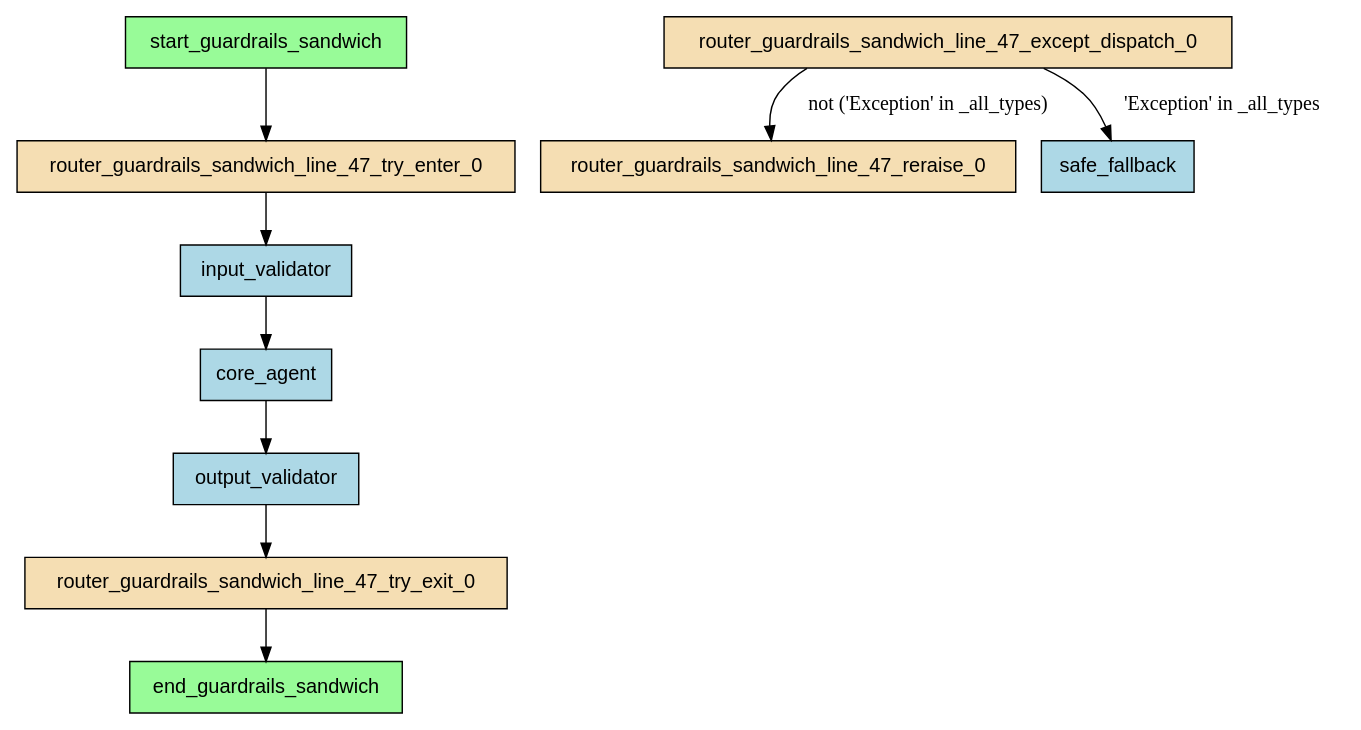
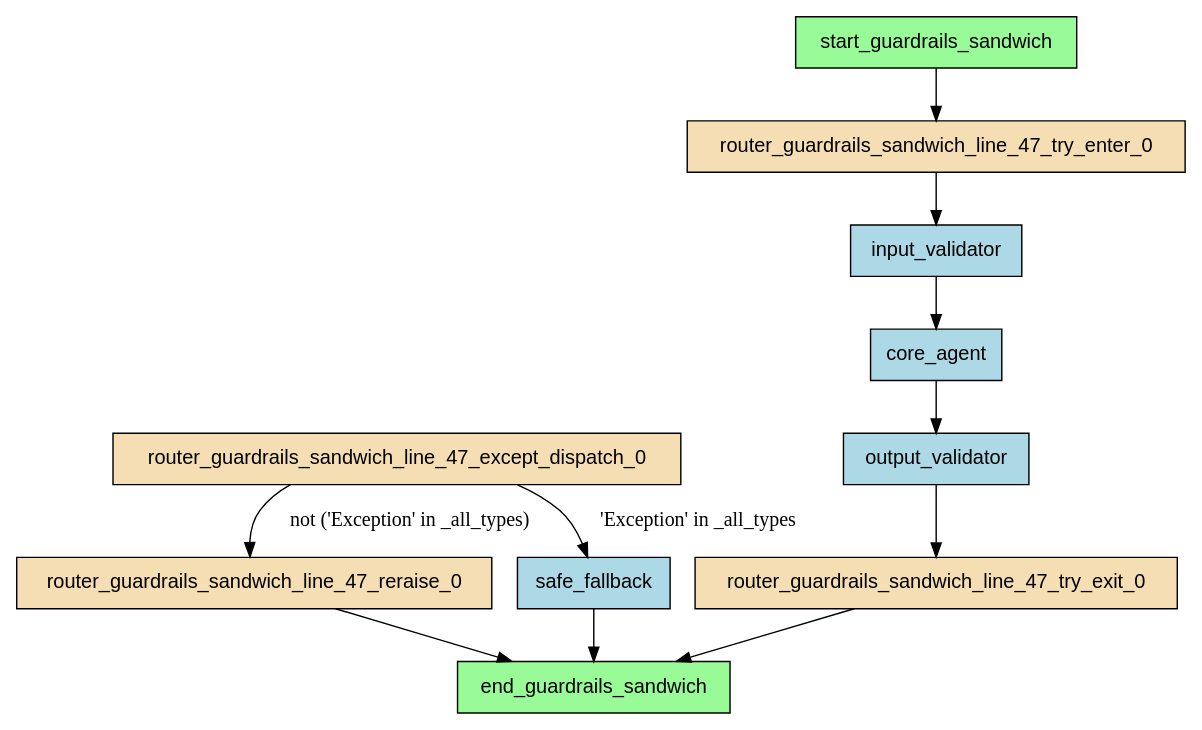
The diagram in examples/flows/agentic/compiled/guardrails_sandwich/flow.dot (deliveryhero/asya), drawn with Graphviz before and after one commit. The commit also changed 142 other files, not shown here.

```diff
--- a/examples/flows/agentic/compiled/guardrails_sandwich/flow.dot
+++ b/examples/flows/agentic/compiled/guardrails_sandwich/flow.dot
@@ -1,24 +1,26 @@
 digraph "guardrails_sandwich" {
     rankdir=TB;
     node [shape=box, style=filled, fontname="Helvetica"];
 
     core_agent [label="core_agent", fillcolor=lightblue];
     end_guardrails_sandwich [label="end_guardrails_sandwich", fillcolor=palegreen];
     input_validator [label="input_validator", fillcolor=lightblue];
     output_validator [label="output_validator", fillcolor=lightblue];
     router_guardrails_sandwich_line_47_except_dispatch_0 [label="router_guardrails_sandwich_line_47_except_dispatch_0", fillcolor=wheat];
     router_guardrails_sandwich_line_47_reraise_0 [label="router_guardrails_sandwich_line_47_reraise_0", fillcolor=wheat];
     router_guardrails_sandwich_line_47_try_enter_0 [label="router_guardrails_sandwich_line_47_try_enter_0", fillcolor=wheat];
     router_guardrails_sandwich_line_47_try_exit_0 [label="router_guardrails_sandwich_line_47_try_exit_0", fillcolor=wheat];
     safe_fallback [label="safe_fallback", fillcolor=lightblue];
     start_guardrails_sandwich [label="start_guardrails_sandwich", fillcolor=palegreen];
 
     start_guardrails_sandwich -> router_guardrails_sandwich_line_47_try_enter_0;
     router_guardrails_sandwich_line_47_try_enter_0 -> input_validator;
     input_validator -> core_agent;
     core_agent -> output_validator;
     output_validator -> router_guardrails_sandwich_line_47_try_exit_0;
     router_guardrails_sandwich_line_47_except_dispatch_0 -> safe_fallback [label="'Exception' in _all_types"];
     router_guardrails_sandwich_line_47_except_dispatch_0 -> router_guardrails_sandwich_line_47_reraise_0 [label="not ('Exception' in _all_types)"];
+    router_guardrails_sandwich_line_47_reraise_0 -> end_guardrails_sandwich;
     router_guardrails_sandwich_line_47_try_exit_0 -> end_guardrails_sandwich;
+    safe_fallback -> end_guardrails_sandwich;
 }
```
